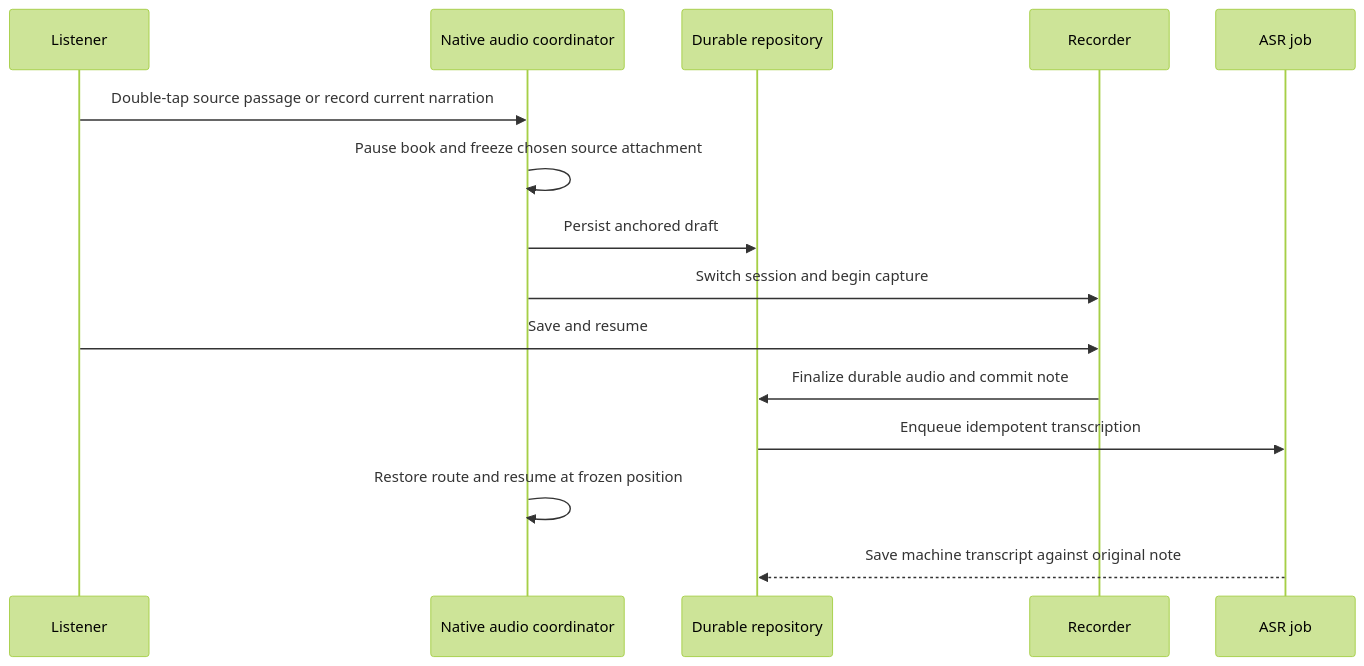
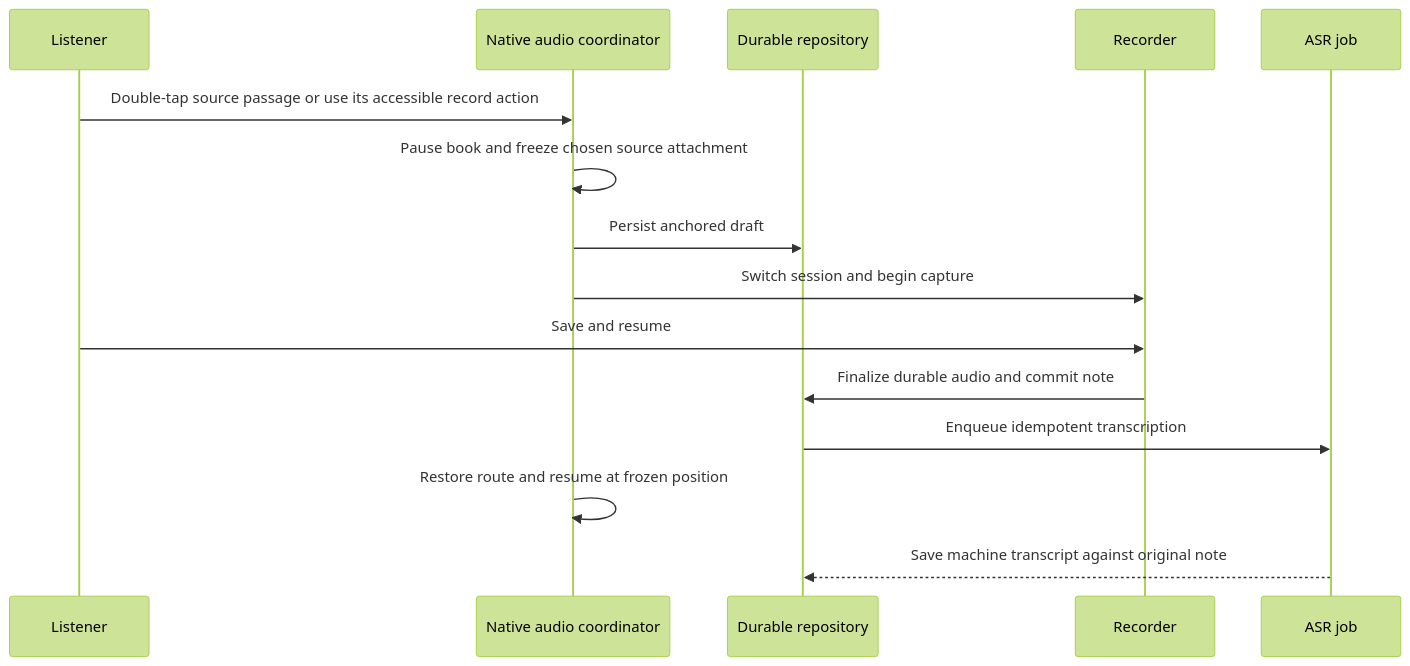
One commit to atlasmoth/rhapsodos changed the second of 2 diagrams in ARCHITECTURE.md. Above: the diagram before and after it, drawn with Mermaid (forest theme). The commit also changed 9 other files, not shown here.

````diff
--- a/ARCHITECTURE.md
+++ b/ARCHITECTURE.md
@@ -134,17 +134,17 @@
 ```mermaid
 sequenceDiagram
     participant U as Listener
     participant A as Native audio coordinator
     participant D as Durable repository
     participant R as Recorder
     participant J as ASR job
-    U->>A: Double-tap source passage or record current narration
+    U->>A: Double-tap source passage or use its accessible record action
     A->>A: Pause book and freeze chosen source attachment
     A->>D: Persist anchored draft
     A->>R: Switch session and begin capture
     U->>R: Save and resume
     R->>D: Finalize durable audio and commit note
     D->>J: Enqueue idempotent transcription
     A->>A: Restore route and resume at frozen position
     J-->>D: Save machine transcript against original note
 ```
````
